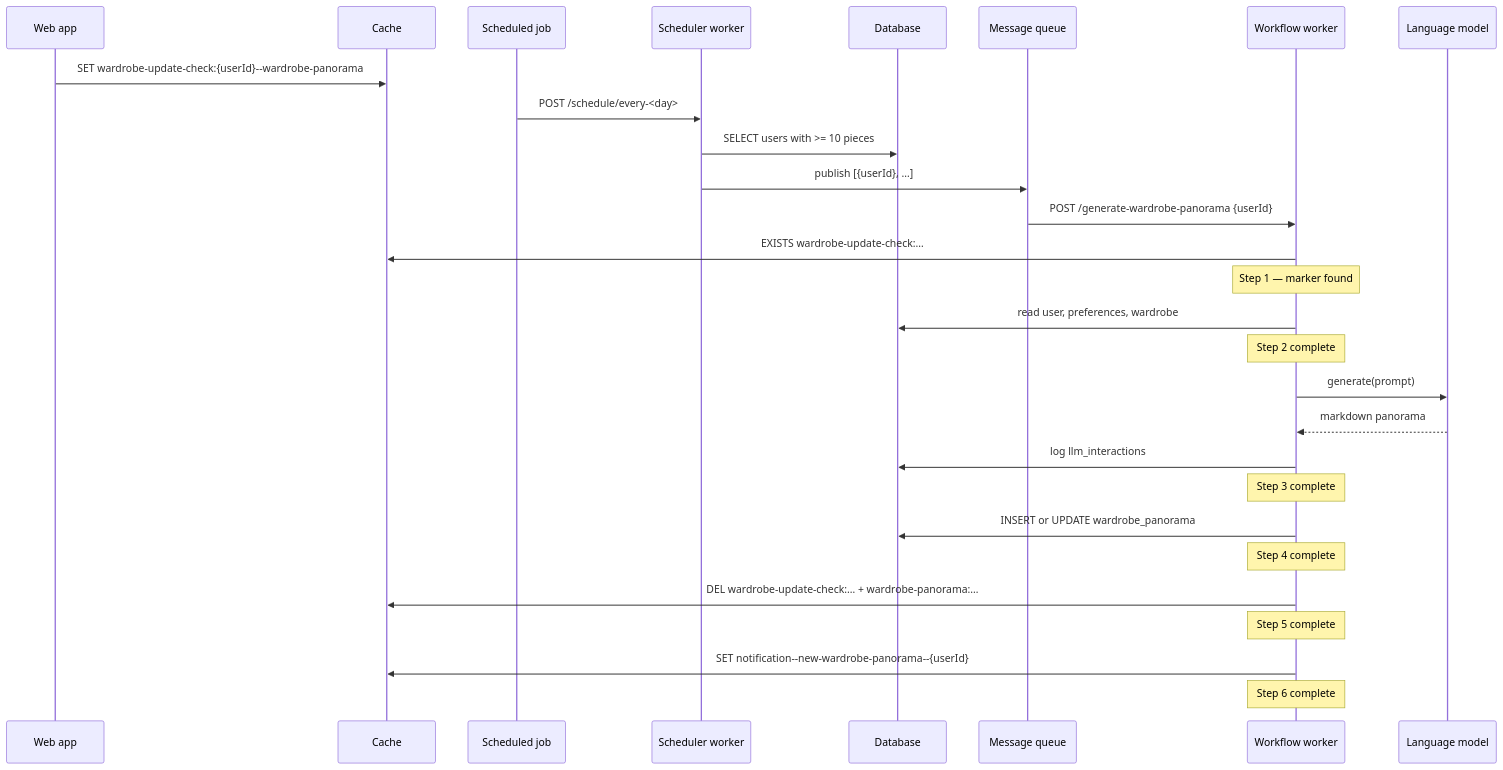
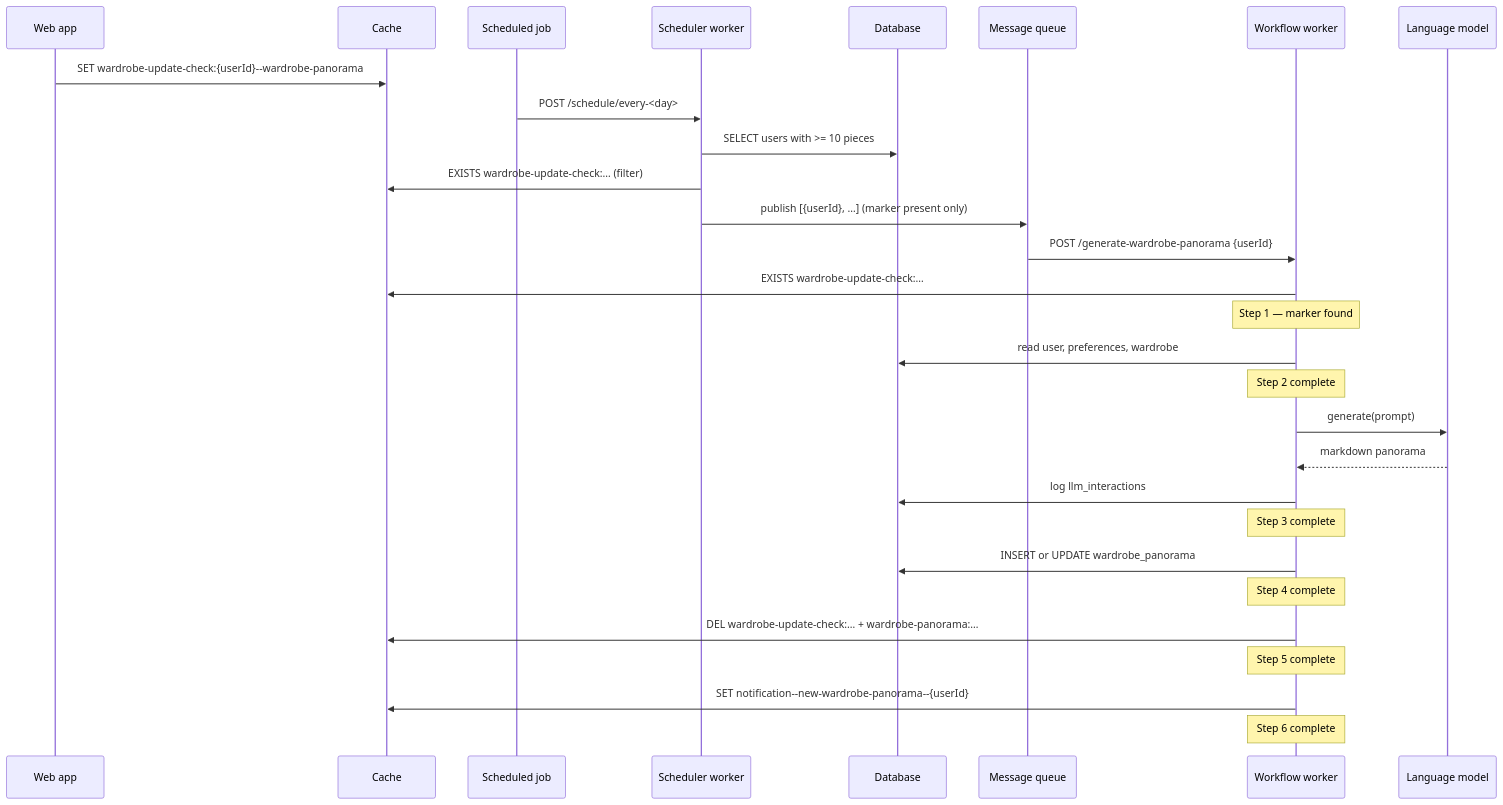
One commit to emmanuelviniciusdev/SkyDIIV--backstage changed the second of 2 diagrams in apps/worker-ai-workflows/docs/WARDROBE_PANORAMA_WORKFLOW.md. Above: the diagram before and after it, drawn with Mermaid. The commit also changed other lines of this file and 7 other files, not shown here.

Commit message:
feat: prevent trigger on generate-wardrobe-panorama workflow for users without wardrobe update marker

````diff
--- a/apps/worker-ai-workflows/docs/WARDROBE_PANORAMA_WORKFLOW.md
+++ b/apps/worker-ai-workflows/docs/WARDROBE_PANORAMA_WORKFLOW.md
@@ -496,38 +504,39 @@
 ```mermaid
 sequenceDiagram
     participant WEB as Web app
     participant CACHE as Cache
     participant CRON as Scheduled job
     participant SCH as Scheduler worker
     participant DB as Database
     participant MQ as Message queue
     participant WF as Workflow worker
     participant LLM as Language model
 
     WEB->>CACHE: SET wardrobe-update-check:{userId}--wardrobe-panorama
 
     CRON->>SCH: POST /schedule/every-<day>
     SCH->>DB: SELECT users with >= 10 pieces
-    SCH->>MQ: publish [{userId}, …]
+    SCH->>CACHE: EXISTS wardrobe-update-check:… (filter)
+    SCH->>MQ: publish [{userId}, …] (marker present only)
     MQ->>WF: POST /generate-wardrobe-panorama {userId}
 
     WF->>CACHE: EXISTS wardrobe-update-check:…
     Note over WF: Step 1 — marker found
 
     WF->>DB: read user, preferences, wardrobe
     Note over WF: Step 2 complete
 
     WF->>LLM: generate(prompt)
     LLM-->>WF: markdown panorama
     WF->>DB: log llm_interactions
     Note over WF: Step 3 complete
 
     WF->>DB: INSERT or UPDATE wardrobe_panorama
     Note over WF: Step 4 complete
 
     WF->>CACHE: DEL wardrobe-update-check:… + wardrobe-panorama:…
     Note over WF: Step 5 complete
 
     WF->>CACHE: SET notification--new-wardrobe-panorama--{userId}
     Note over WF: Step 6 complete
 ```
````
